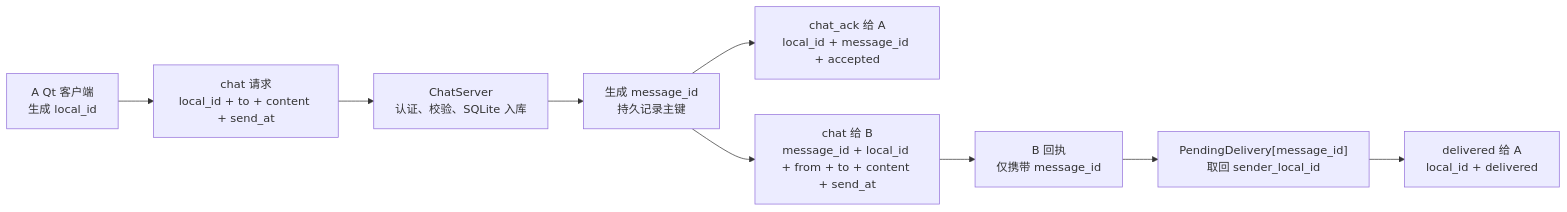
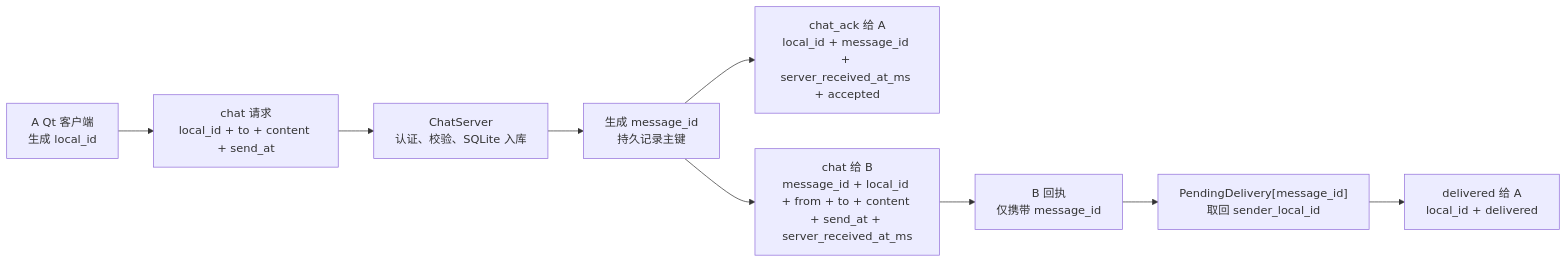
One commit to JiangZhuoChun/ChatHub changed the first of 4 diagrams in docs/ChatHub协议字段与状态流向总图.md. Above: the diagram before and after it, drawn with Mermaid. The commit also changed other lines of this file and 19 other files, not shown here.

````diff
--- a/docs/ChatHub协议字段与状态流向总图.md
+++ b/docs/ChatHub协议字段与状态流向总图.md
@@ -52,11 +52,11 @@
 ```mermaid
 flowchart LR
     A["A Qt 客户端\n生成 local_id"] --> C["chat 请求\nlocal_id + to + content + send_at"]
     C --> S["ChatServer\n认证、校验、SQLite 入库"]
     S --> M["生成 message_id\n持久记录主键"]
-    M --> ACK["chat_ack 给 A\nlocal_id + message_id + accepted"]
-    M --> FWD["chat 给 B\nmessage_id + local_id + from + to + content + send_at"]
+    M --> ACK["chat_ack 给 A\nlocal_id + message_id + server_received_at_ms + accepted"]
+    M --> FWD["chat 给 B\nmessage_id + local_id + from + to + content + send_at + server_received_at_ms"]
     FWD --> R["B 回执\n仅携带 message_id"]
     R --> P["PendingDelivery[message_id]\n取回 sender_local_id"]
     P --> D["delivered 给 A\nlocal_id + delivered"]
 ```
````
